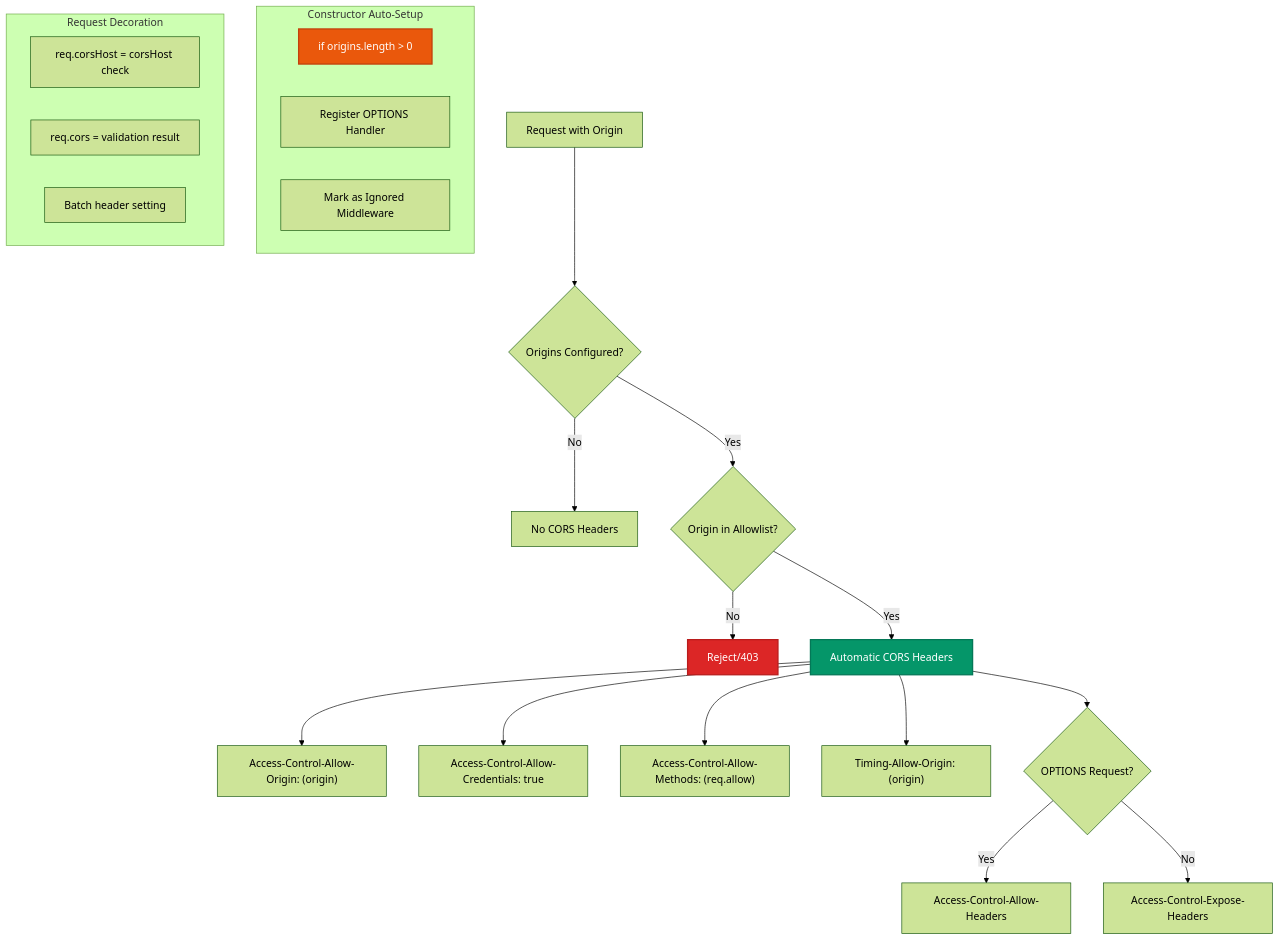
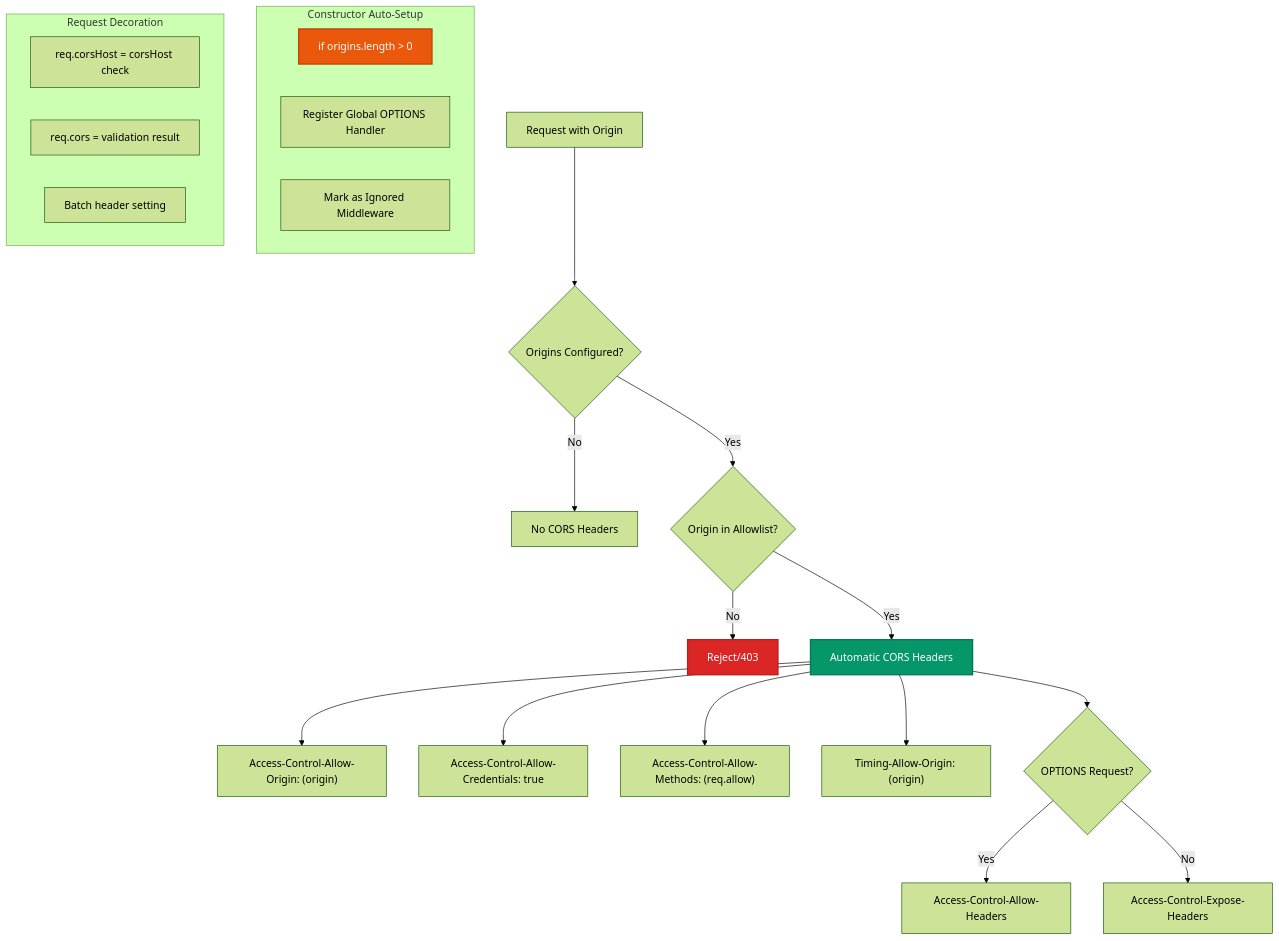
Before and after one commit to avoidwork/woodland: the sixth of 9 diagrams in docs/TECHNICAL_DOCUMENTATION.md, drawn with Mermaid (forest theme). The commit also changed other lines of this file, not shown here.

````diff
--- a/docs/TECHNICAL_DOCUMENTATION.md
+++ b/docs/TECHNICAL_DOCUMENTATION.md
@@ -835,32 +843,32 @@
 ```mermaid
 graph TB
     A[Request with Origin] --> B{Origins Configured?}
     B -->|No| C[No CORS Headers]
     B -->|Yes| D{Origin in Allowlist?}
     D -->|No| E[Reject/403]
     D -->|Yes| F[Automatic CORS Headers]
 
     F --> G["Access-Control-Allow-Origin: (origin)"]
     F --> H["Access-Control-Allow-Credentials: true"]
     F --> I["Access-Control-Allow-Methods: (req.allow)"]
     F --> J["Timing-Allow-Origin: (origin)"]
     F --> K{OPTIONS Request?}
     K -->|Yes| L["Access-Control-Allow-Headers"]
     K -->|No| M["Access-Control-Expose-Headers"]
 
     subgraph "Constructor Auto-Setup"
         N[if origins.length > 0]
-        O[Register OPTIONS Handler]
+        O[Register Global OPTIONS Handler]
         P[Mark as Ignored Middleware]
     end
 
     subgraph "Request Decoration"
         Q[req.corsHost = corsHost check]
         R[req.cors = validation result]
         S[Batch header setting]
     end
 
     style E fill:#dc2626,stroke:#b91c1c,stroke-width:2px,color:#ffffff
     style F fill:#059669,stroke:#047857,stroke-width:2px,color:#ffffff
     style N fill:#ea580c,stroke:#c2410c,stroke-width:2px,color:#ffffff
 ```
````
